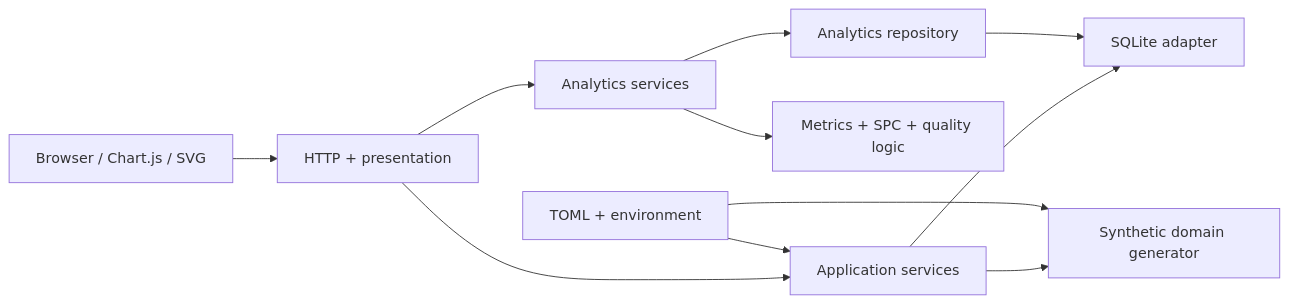
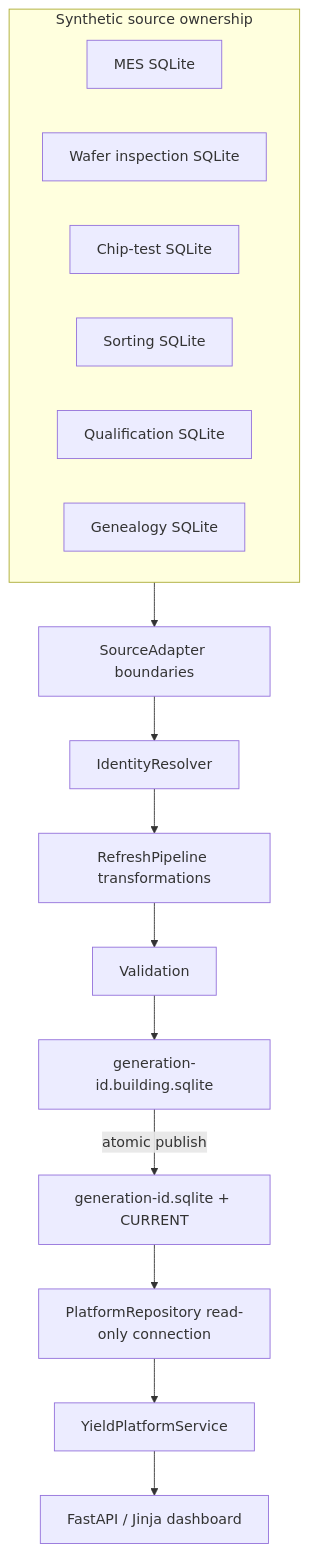
One commit to 4sy8zwp9hz-netizen/manufacturing-analytics-platform changed the diagram in ARCHITECTURE.md. Above: the diagram before and after it, drawn with Mermaid. The commit also changed other lines of this file and 32 other files, not shown here.

Commit message:
rearchitect-around-multi-source-yield-platform

````diff
--- a/ARCHITECTURE.md
+++ b/ARCHITECTURE.md
@@ -7,13 +7,20 @@
 ```mermaid
-flowchart LR
-    Browser["Browser / Chart.js / SVG"] --> Web["HTTP + presentation"]
-    Web --> Analytics["Analytics services"]
-    Web --> Bootstrap["Application services"]
-    Analytics --> Domain["Metrics + SPC + quality logic"]
-    Analytics --> Repositories["Analytics repository"]
-    Bootstrap --> Generator["Synthetic domain generator"]
-    Bootstrap --> Database["SQLite adapter"]
-    Repositories --> Database
-    Config["TOML + environment"] --> Bootstrap
-    Config --> Generator
+flowchart TB
+    subgraph Sources["Synthetic source ownership"]
+      A["MES SQLite"]
+      B["Wafer inspection SQLite"]
+      C["Chip-test SQLite"]
+      D["Sorting SQLite"]
+      E["Qualification SQLite"]
+      F["Genealogy SQLite"]
+    end
+    Sources --> X["SourceAdapter boundaries"]
+    X --> I["IdentityResolver"]
+    I --> T["RefreshPipeline transformations"]
+    T --> V["Validation"]
+    V --> G["generation-id.building.sqlite"]
+    G -->|"atomic publish"| P["generation-id.sqlite + CURRENT"]
+    P --> R["PlatformRepository read-only connection"]
+    R --> S["YieldPlatformService"]
+    S --> W["FastAPI / Jinja dashboard"]
 ```
````
